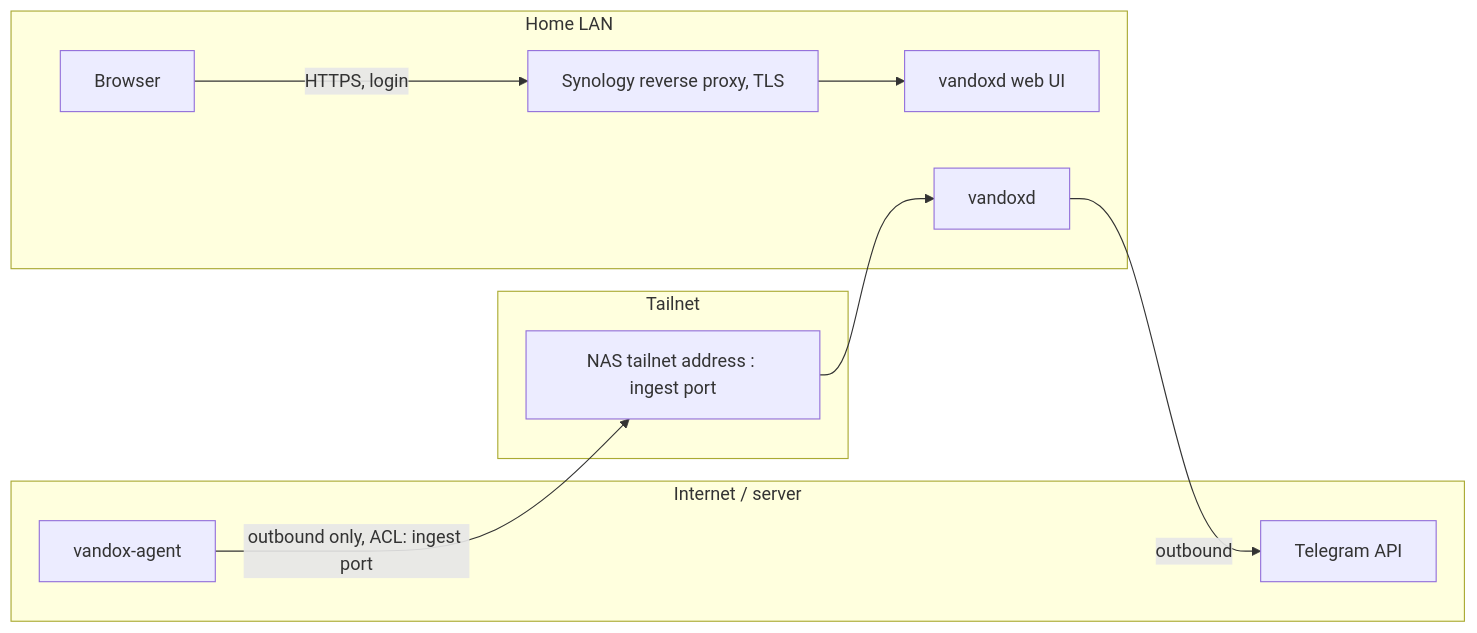
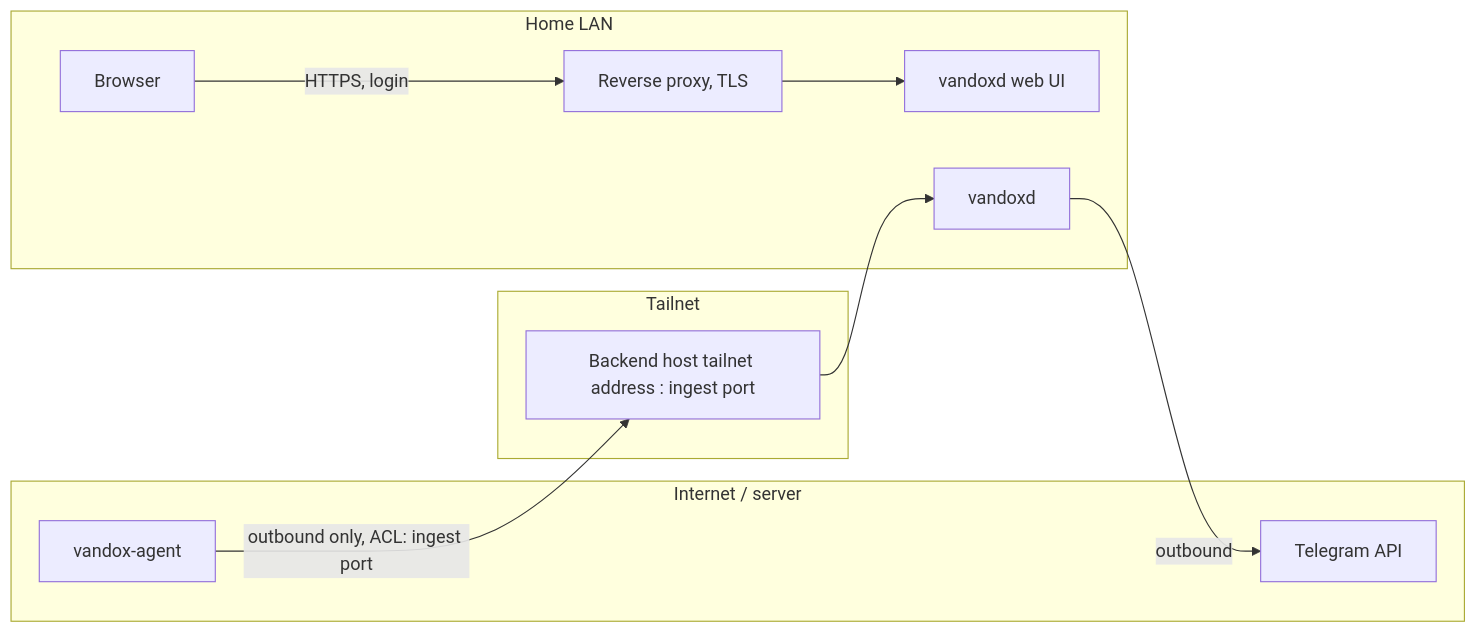
One commit to LarsLaskowski/Vandox changed the third of 3 diagrams in docs/ARCHITECTURE.md. Above: the diagram before and after it, drawn with Mermaid. The commit also changed other lines of this file and 20 other files, not shown here.

Commit message:
Generalize backend host references from Synology NAS (#97)

````diff
--- a/docs/ARCHITECTURE.md
+++ b/docs/ARCHITECTURE.md
@@ -101,17 +101,17 @@
 ```mermaid
 flowchart LR
     subgraph Internet["Internet / server"]
         AG[vandox-agent]
         TGA[Telegram API]
     end
     subgraph Tailnet["Tailnet"]
-        ING["NAS tailnet address : ingest port"]
+        ING["Backend host tailnet address : ingest port"]
     end
     subgraph LAN["Home LAN"]
-        BR[Browser] -- "HTTPS, login" --> RP[Synology reverse proxy, TLS]
+        BR[Browser] -- "HTTPS, login" --> RP[Reverse proxy, TLS]
         RP --> UI[vandoxd web UI]
         ING --> BE[vandoxd]
         BE -- "outbound" --> TGA
     end
     AG -- "outbound only, ACL: ingest port" --> ING
 ```
````
